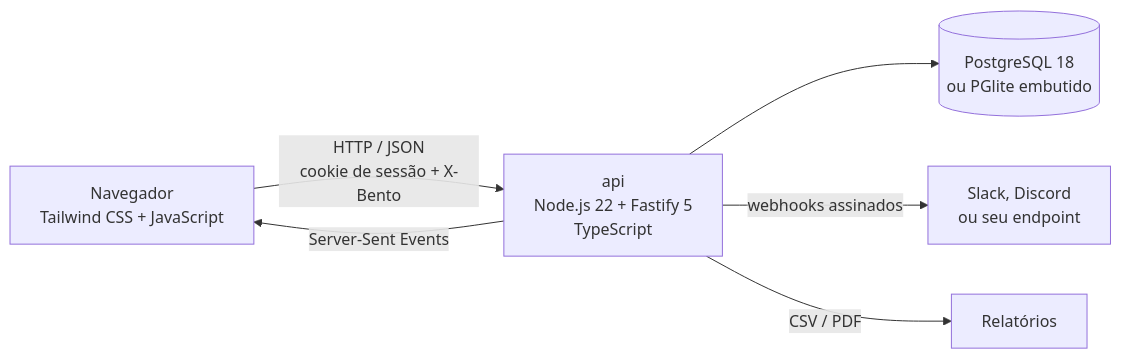
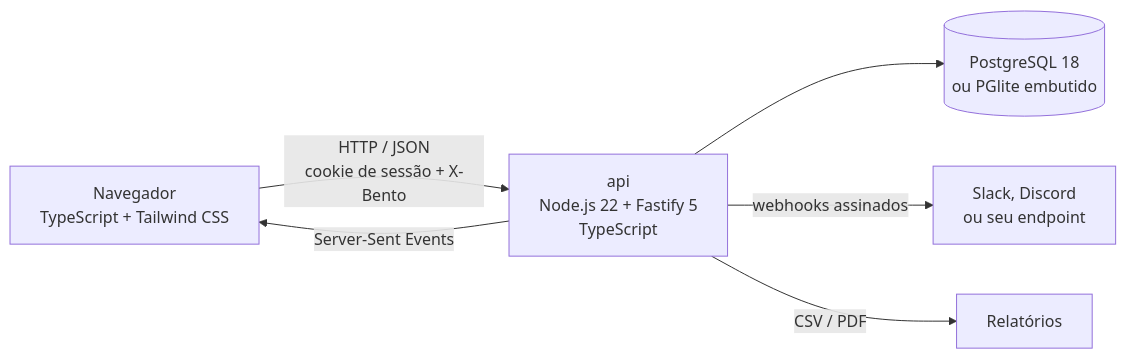
Before and after one commit to ravelroot/Data-Driven-Admin-Panel: the diagram in README.md, drawn with Mermaid. The commit also changed other lines of this file and 85 other files, not shown here.

Commit message:
Interface em TypeScript

````diff
--- a/README.md
+++ b/README.md
@@ -45,8 +45,8 @@
 ```mermaid
 flowchart LR
-    UI["Navegador<br/>Tailwind CSS + JavaScript"] -- "HTTP / JSON<br/>cookie de sessão + X-Bento" --> API["api<br/>Node.js 22 + Fastify 5<br/>TypeScript"]
+    UI["Navegador<br/>TypeScript + Tailwind CSS"] -- "HTTP / JSON<br/>cookie de sessão + X-Bento" --> API["api<br/>Node.js 22 + Fastify 5<br/>TypeScript"]
     API -- "Server-Sent Events" --> UI
     API --> BD[("PostgreSQL 18<br/>ou PGlite embutido")]
     API -- "webhooks assinados" --> EXT["Slack, Discord<br/>ou seu endpoint"]
     API -- "CSV / PDF" --> REL["Relatórios"]
 ```
````
